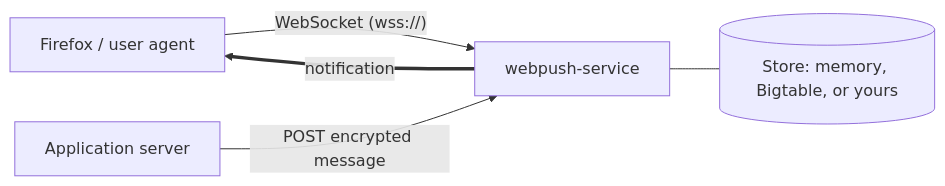
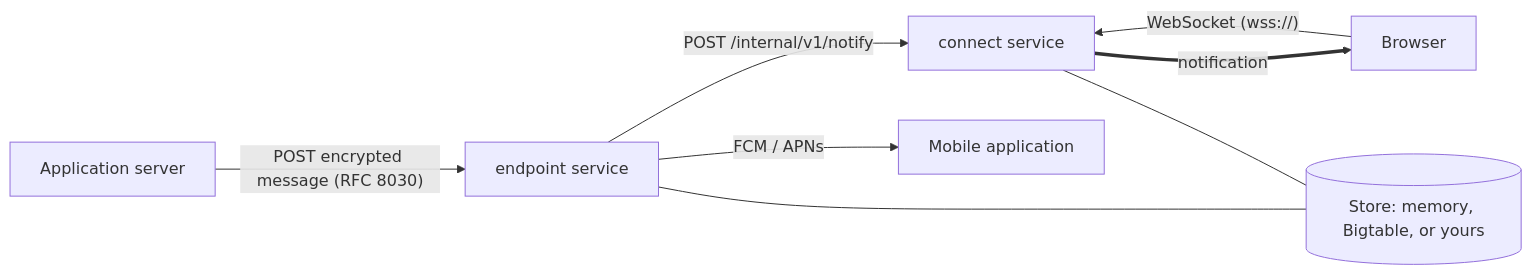
Before and after one commit to gruberb/webpush-service: the diagram in README.md, drawn with Mermaid. The commit also changed other lines of this file and 92 other files, not shown here.

First line of the commit message:
Split into a workspace with endpoint and connect services, add FCM and APNs bridges

````diff
--- a/README.md
+++ b/README.md
@@ -7,7 +9,10 @@
 ```mermaid
 flowchart LR
-    UA["Firefox / user agent"] -- "WebSocket (wss://)" --> PS["webpush-service"]
-    AS["Application server"] -- "POST encrypted message" --> PS
-    PS == "notification" ==> UA
-    PS --- ST[("Store: memory, Bigtable, or yours")]
+    AS["Application server"] -- "POST encrypted message (RFC 8030)" --> EP["endpoint service"]
+    UA["Browser"] -- "WebSocket (wss://)" --> CN["connect service"]
+    EP -- "POST /internal/v1/notify" --> CN
+    CN == "notification" ==> UA
+    EP -- "FCM / APNs" --> MA["Mobile application"]
+    EP --- ST[("Store: memory, Bigtable, or yours")]
+    CN --- ST
 ```
````
